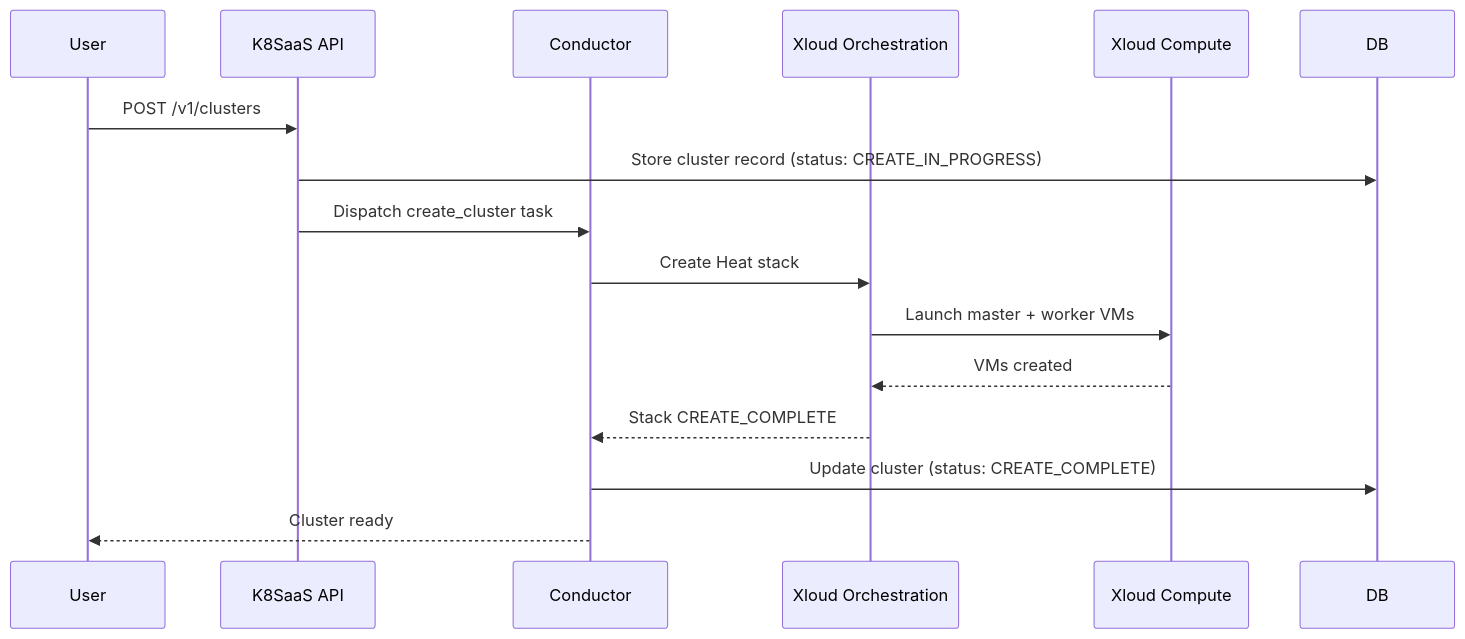
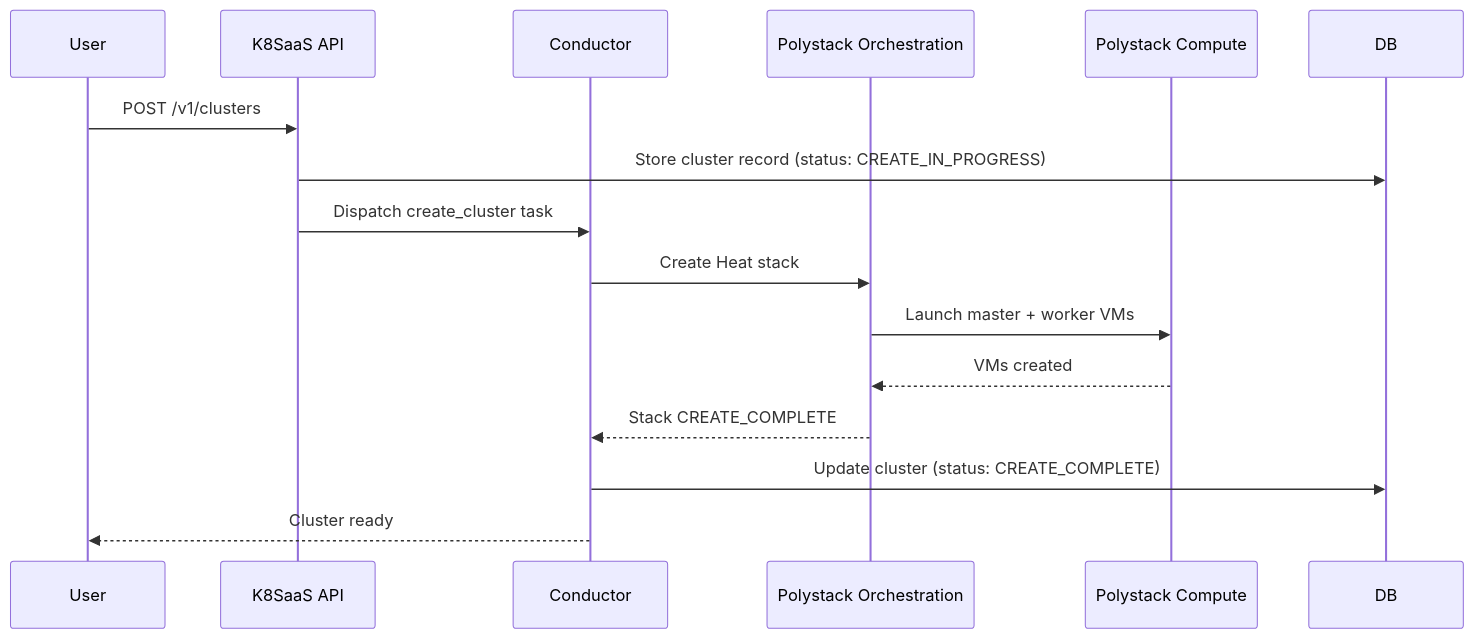
The second of 2 diagrams in services/kubernetes/admin-guide/architecture.mdx (ankur-kumar87/docs-polystack), drawn with Mermaid before and after one commit. The commit also changed other lines of this file and 425 other files, not shown here.

````diff
--- a/services/kubernetes/admin-guide/architecture.mdx
+++ b/services/kubernetes/admin-guide/architecture.mdx
@@ -98,18 +98,18 @@
 ```mermaid
 sequenceDiagram
     participant User
     participant API as K8SaaS API
     participant COND as Conductor
-    participant ORCH as Xloud Orchestration
-    participant COMPUTE as Xloud Compute
+    participant ORCH as Polystack Orchestration
+    participant COMPUTE as Polystack Compute
 
     User->>API: POST /v1/clusters
     API->>DB: Store cluster record (status: CREATE_IN_PROGRESS)
     API->>COND: Dispatch create_cluster task
     COND->>ORCH: Create Heat stack
     ORCH->>COMPUTE: Launch master + worker VMs
     COMPUTE-->>ORCH: VMs created
     ORCH-->>COND: Stack CREATE_COMPLETE
     COND->>DB: Update cluster (status: CREATE_COMPLETE)
     COND-->>User: Cluster ready
 ```
````
